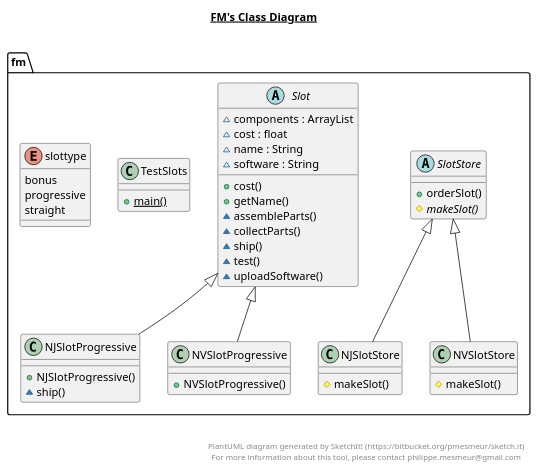
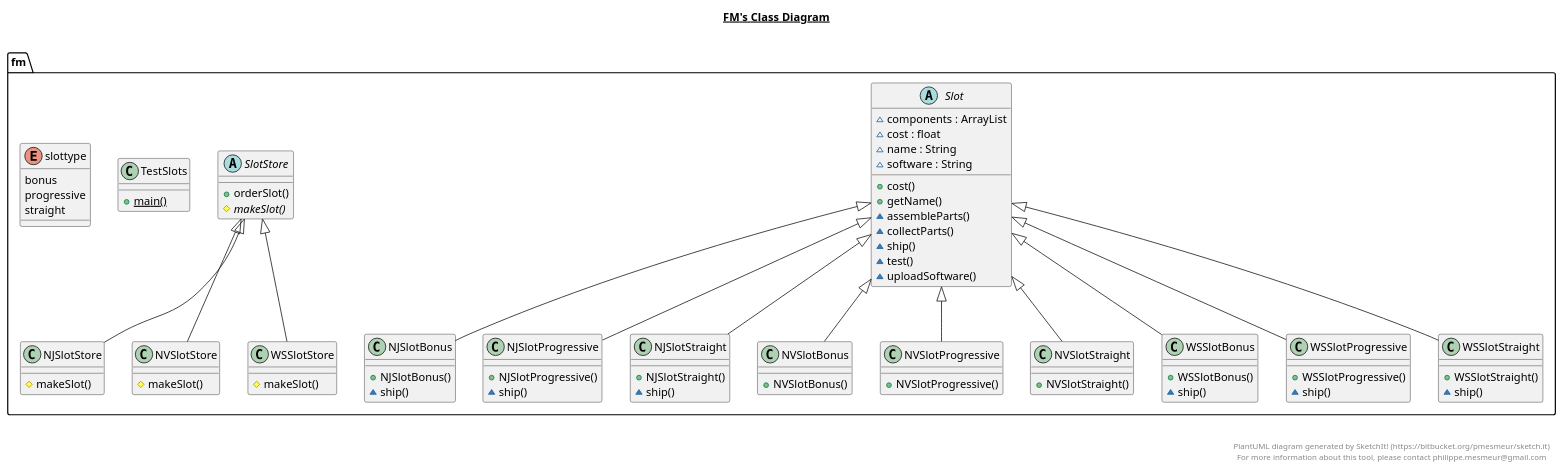
Before and after one commit to ppongnp/SDA-labs: the diagram in lab3/out/production/lab3/fm/fm.plantuml, drawn with PlantUML. The commit also changed 6 other files, not shown here.

```diff
--- a/lab3/out/production/lab3/fm/fm.plantuml
+++ b/lab3/out/production/lab3/fm/fm.plantuml
@@ -1,88 +1,157 @@
 @startuml
 
 title __FM's Class Diagram__\n
+
+  namespace fm {
+    class fm.NJSlotBonus {
+        + NJSlotBonus()
+        ~ ship()
+    }
+  }
+  
 
   namespace fm {
     class fm.NJSlotProgressive {
         + NJSlotProgressive()
         ~ ship()
     }
   }
   
 
   namespace fm {
     class fm.NJSlotStore {
         # makeSlot()
     }
   }
   
 
   namespace fm {
+    class fm.NJSlotStraight {
+        + NJSlotStraight()
+        ~ ship()
+    }
+  }
+  
+
+  namespace fm {
+    class fm.NVSlotBonus {
+        + NVSlotBonus()
+    }
+  }
+  
+
+  namespace fm {
     class fm.NVSlotProgressive {
         + NVSlotProgressive()
     }
   }
   
 
   namespace fm {
     class fm.NVSlotStore {
         # makeSlot()
+    }
+  }
+  
+
+  namespace fm {
+    class fm.NVSlotStraight {
+        + NVSlotStraight()
     }
   }
   
 
   namespace fm {
     abstract class fm.Slot {
         ~ components : ArrayList
         ~ cost : float
         ~ name : String
         ~ software : String
         + cost()
         + getName()
         ~ assembleParts()
         ~ collectParts()
         ~ ship()
         ~ test()
         ~ uploadSoftware()
     }
   }
   
 
   namespace fm {
     abstract class fm.SlotStore {
         + orderSlot()
         {abstract} # makeSlot()
     }
   }
   
 
   namespace fm {
     class fm.TestSlots {
         {static} + main()
     }
   }
   
 
   namespace fm {
+    class fm.WSSlotBonus {
+        + WSSlotBonus()
+        ~ ship()
+    }
+  }
+  
+
+  namespace fm {
+    class fm.WSSlotProgressive {
+        + WSSlotProgressive()
+        ~ ship()
+    }
+  }
+  
+
+  namespace fm {
+    class fm.WSSlotStore {
+        # makeSlot()
+    }
+  }
+  
+
+  namespace fm {
+    class fm.WSSlotStraight {
+        + WSSlotStraight()
+        ~ ship()
+    }
+  }
+  
+
+  namespace fm {
     enum slottype {
       bonus
       progressive
       straight
     }
   }
   
 
+  fm.NJSlotBonus -up-|> fm.Slot
   fm.NJSlotProgressive -up-|> fm.Slot
   fm.NJSlotStore -up-|> fm.SlotStore
+  fm.NJSlotStraight -up-|> fm.Slot
+  fm.NVSlotBonus -up-|> fm.Slot
   fm.NVSlotProgressive -up-|> fm.Slot
   fm.NVSlotStore -up-|> fm.SlotStore
+  fm.NVSlotStraight -up-|> fm.Slot
+  fm.WSSlotBonus -up-|> fm.Slot
+  fm.WSSlotProgressive -up-|> fm.Slot
+  fm.WSSlotStore -up-|> fm.SlotStore
+  fm.WSSlotStraight -up-|> fm.Slot
 
 
 right footer
 
 
 PlantUML diagram generated by SketchIt! (https://bitbucket.org/pmesmeur/sketch.it)
 For more information about this tool, please contact philippe.mesmeur@gmail.com
 endfooter
 
 @enduml
```
